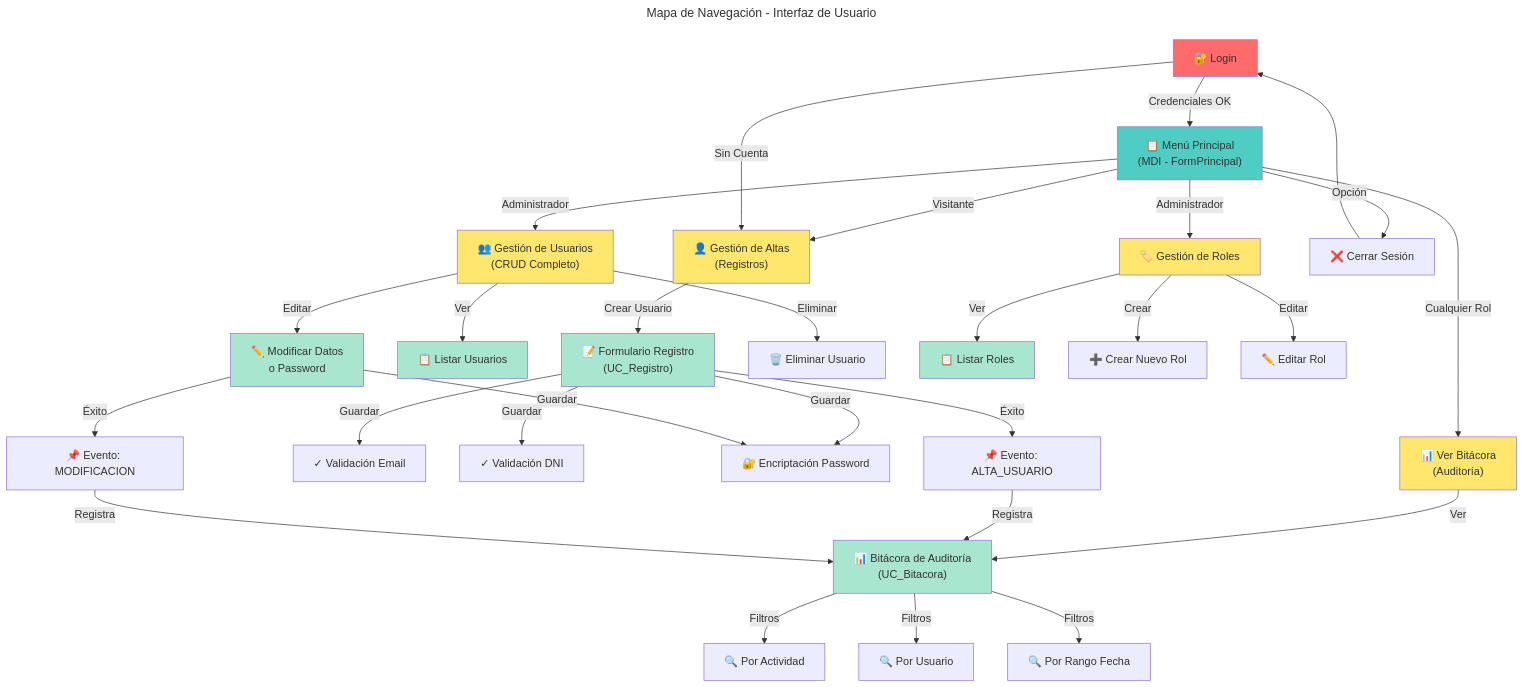
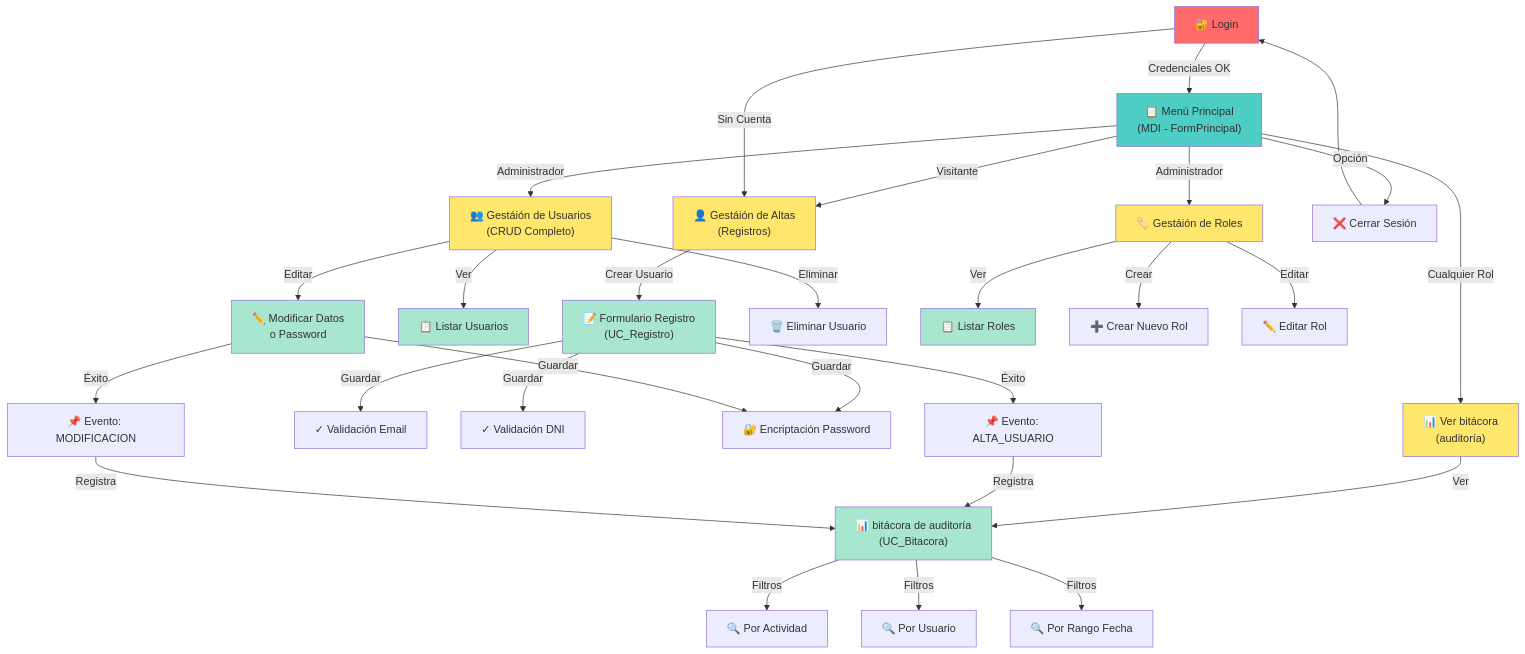
One commit to condenl/Trabajo-Practico-Final changed the fifth of 14 diagrams in Documentacion/Carpeta_Documentacion.md. Above: the diagram before and after it, drawn with Mermaid. The commit also changed other lines of this file and 9 other files, not shown here.

````diff
--- a/Documentacion/Carpeta_Documentacion.md
+++ b/Documentacion/Carpeta_Documentacion.md
@@ -737,58 +873,53 @@
 ```mermaid
----
-title: Mapa de Navegación - Interfaz de Usuario
-config:
-    theme: default
----
 graph TD
     Login["🔐 Login"]
     MenuPrincipal["📋 Menú Principal<br/>(MDI - FormPrincipal)"]
 
-    MenuPrincipal -->|Visitante| GestAlt["👤 Gestión de Altas<br/>(Registros)"]
-    MenuPrincipal -->|Administrador| GestUsu["👥 Gestión de Usuarios<br/>(CRUD Completo)"]
-    MenuPrincipal -->|Administrador| GestRol["🏷️ Gestión de Roles"]
-    MenuPrincipal -->|Cualquier Rol| VerBit["📊 Ver Bitácora<br/>(Auditoría)"]
+    MenuPrincipal -->|Visitante| GestáAlt["👤 Gestáión de Altas<br/>(Registros)"]
+    MenuPrincipal -->|Administrador| GestáUsu["👥 Gestáión de Usuarios<br/>(CRUD Completo)"]
+    MenuPrincipal -->|Administrador| GestáRol["🏷️ Gestáión de Roles"]
+    MenuPrincipal -->|Cualquier Rol| VerBit["📊 Ver bitácora<br/>(auditoría)"]
 
     Login -->|Credenciales OK| MenuPrincipal
-    Login -->|Sin Cuenta| GestAlt
+    Login -->|Sin Cuenta| GestáAlt
 
-    GestAlt -->|Crear Usuario| Registro["📝 Formulario Registro<br/>(UC_Registro)"]
+    GestáAlt -->|Crear Usuario| Registro["📝 Formulario Registro<br/>(UC_Registro)"]
     Registro -->|Guardar| ValidEmail["✓ Validación Email"]
     Registro -->|Guardar| ValidDNI["✓ Validación DNI"]
     Registro -->|Guardar| HashPass["🔐 Encriptación Password"]
-    Registro -->|Éxito| BitacoraEvent1["📌 Evento: ALTA_USUARIO"]
+    Registro -->|Éxito| bitácoraEvent1["📌 Evento: ALTA_USUARIO"]
 
-    GestUsu -->|Ver| ListaUsuarios["📋 Listar Usuarios"]
-    GestUsu -->|Editar| ModUser["✏️ Modificar Datos<br/>o Password"]
-    GestUsu -->|Eliminar| DelUser["🗑️ Eliminar Usuario"]
+    GestáUsu -->|Ver| ListaUsuarios["📋 Listar Usuarios"]
+    GestáUsu -->|Editar| ModUser["✏️ Modificar Datos<br/>o Password"]
+    GestáUsu -->|Eliminar| DelUser["🗑️ Eliminar Usuario"]
 
     ModUser -->|Guardar| HashPass
-    ModUser -->|Éxito| BitacoraEvent2["📌 Evento: MODIFICACION"]
+    ModUser -->|Éxito| bitácoraEvent2["📌 Evento: MODIFICACION"]
 
-    GestRol -->|Ver| ListaRoles["📋 Listar Roles"]
-    GestRol -->|Crear| CrearRol["➕ Crear Nuevo Rol"]
-    GestRol -->|Editar| ModRol["✏️ Editar Rol"]
+    GestáRol -->|Ver| ListaRoles["📋 Listar Roles"]
+    GestáRol -->|Crear| CrearRol["➕ Crear Nuevo Rol"]
+    GestáRol -->|Editar| ModRol["✏️ Editar Rol"]
 
-    VerBit -->|Ver| ListaBitacora["📊 Bitácora de Auditoría<br/>(UC_Bitacora)"]
-    ListaBitacora -->|Filtros| FiltroActividad["🔍 Por Actividad"]
-    ListaBitacora -->|Filtros| FiltroUsuario["🔍 Por Usuario"]
-    ListaBitacora -->|Filtros| FiltroFecha["🔍 Por Rango Fecha"]
+    VerBit -->|Ver| Listabitácora["📊 bitácora de auditoría<br/>(UC_Bitacora)"]
+    Listabitácora -->|Filtros| FiltroActividad["🔍 Por Actividad"]
+    Listabitácora -->|Filtros| FiltroUsuario["🔍 Por Usuario"]
+    Listabitácora -->|Filtros| FiltroFecha["🔍 Por Rango Fecha"]
 
-    BitacoraEvent1 -->|Registra| ListaBitacora
-    BitacoraEvent2 -->|Registra| ListaBitacora
+    bitácoraEvent1 -->|Registra| Listabitácora
+    bitácoraEvent2 -->|Registra| Listabitácora
 
     MenuPrincipal -->|Opción| Salir["❌ Cerrar Sesión"]
     Salir --> Login
 
     style Login fill:#FF6B6B
     style MenuPrincipal fill:#4ECDC4
-    style GestAlt fill:#FFE66D
-    style GestUsu fill:#FFE66D
-    style GestRol fill:#FFE66D
+    style GestáAlt fill:#FFE66D
+    style GestáUsu fill:#FFE66D
+    style GestáRol fill:#FFE66D
     style VerBit fill:#FFE66D
     style Registro fill:#A8E6CF
     style ListaUsuarios fill:#A8E6CF
     style ModUser fill:#A8E6CF
     style ListaRoles fill:#A8E6CF
-    style ListaBitacora fill:#A8E6CF
+    style Listabitácora fill:#A8E6CF
 ```
````
